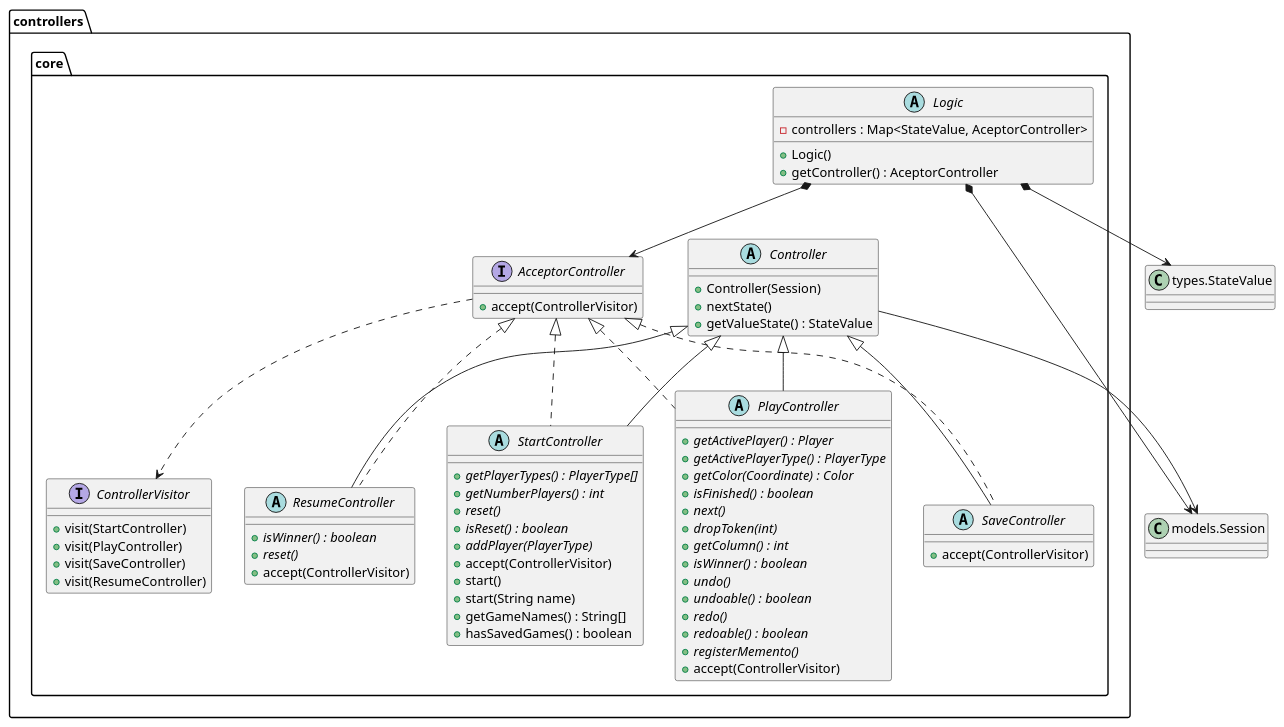
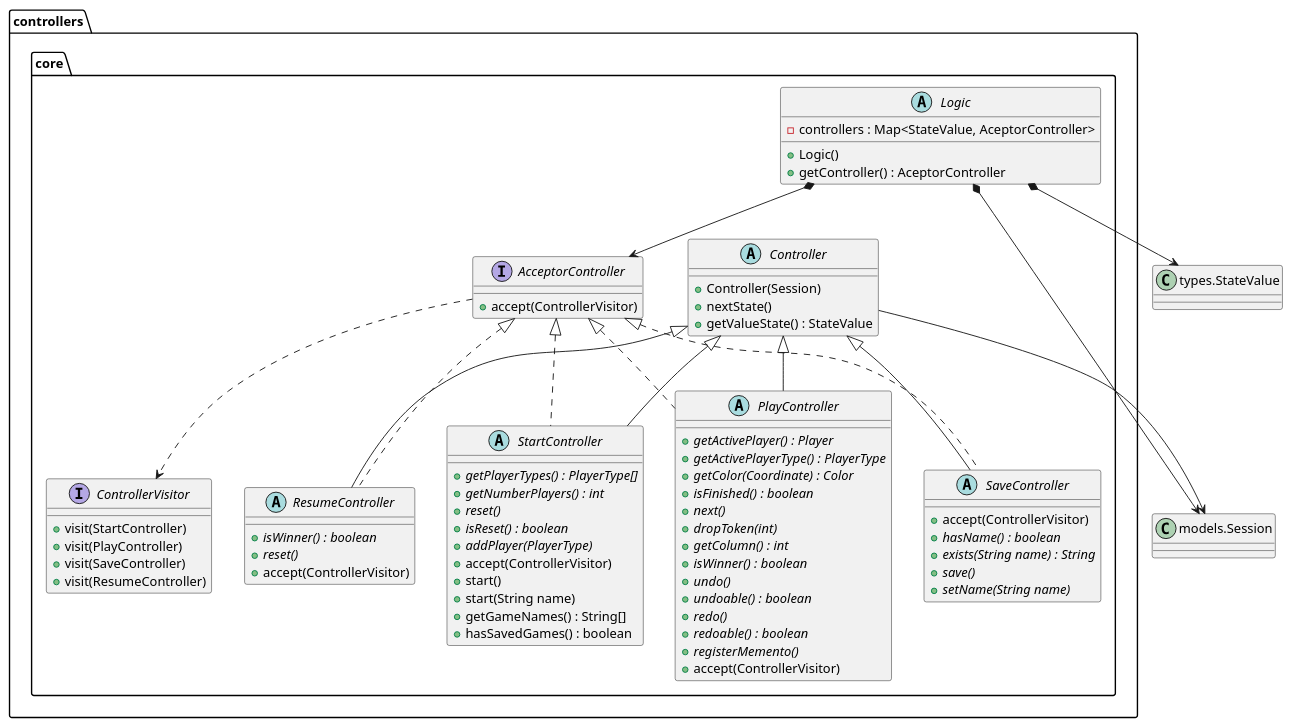
One commit to js-rom/connect4 changed the diagram in connect4/Docs/diagrams/src/packages/connect4.connect4.controllers.core.plantuml. Above: the diagram before and after it, drawn with PlantUML. The commit also changed 5 other files, not shown here.

```diff
--- a/connect4/Docs/diagrams/src/packages/connect4.connect4.controllers.core.plantuml
+++ b/connect4/Docs/diagrams/src/packages/connect4.connect4.controllers.core.plantuml
@@ -1,86 +1,90 @@
 @startuml connect4.connect4.controllers.core
 
 interface controllers.core.AcceptorController {
     +accept(ControllerVisitor)
 }
 
 abstract class controllers.core.Logic {
     -controllers : Map<StateValue, AceptorController> 
     +Logic()
     +getController() : AceptorController
 }
 
 abstract class controllers.core.Controller {
     +Controller(Session)
     +nextState()
     +getValueState() : StateValue
 }
 
 abstract class controllers.core.StartController {
 
     + {abstract} getPlayerTypes() : PlayerType[]
     + {abstract} getNumberPlayers() : int
     + {abstract} reset()
     + {abstract} isReset() : boolean
     + {abstract} addPlayer(PlayerType)
     + accept(ControllerVisitor)
     + start()
     + start(String name)
     + getGameNames() : String[]
     + hasSavedGames() : boolean
 }
 
 interface controllers.core.ControllerVisitor {
     +visit(StartController)
     +visit(PlayController)
     +visit(SaveController)
     +visit(ResumeController)
 }
 
 abstract class controllers.core.PlayController{
     + {abstract} getActivePlayer() : Player
     + {abstract} getActivePlayerType() : PlayerType
     + {abstract} getColor(Coordinate) : Color
     + {abstract} isFinished() : boolean
     + {abstract} next()
     + {abstract} dropToken(int)
     + {abstract} getColumn() : int
     + {abstract} isWinner() : boolean
     + {abstract} undo()
     + {abstract} undoable() : boolean
     + {abstract} redo()
     + {abstract} redoable() : boolean
     + {abstract} registerMemento()
     + accept(ControllerVisitor)
 }
 
 abstract class controllers.core.SaveController{
     + accept(ControllerVisitor)
+    + {abstract} hasName() : boolean
+    + {abstract} exists(String name) : String
+    + {abstract} save()
+    + {abstract} setName(String name)
 }
 
 abstract class controllers.core.ResumeController{
     + {abstract} isWinner() : boolean
     + {abstract} reset()
     + accept(ControllerVisitor)
 }
 
 class Session as "models.Session"
 class StateValue as "types.StateValue"
 
 AcceptorController ..> ControllerVisitor
 Controller <|-- StartController
 Controller <|-- PlayController
 Controller <|-- SaveController
 Controller <|-- ResumeController
 AcceptorController <|.. StartController
 AcceptorController <|.. PlayController
 AcceptorController <|.. SaveController
 AcceptorController <|.. ResumeController
 
 Logic *--> Session
 Logic *--> AcceptorController
 Logic *--> StateValue
 
 Controller --> Session
 
 @enduml
```
